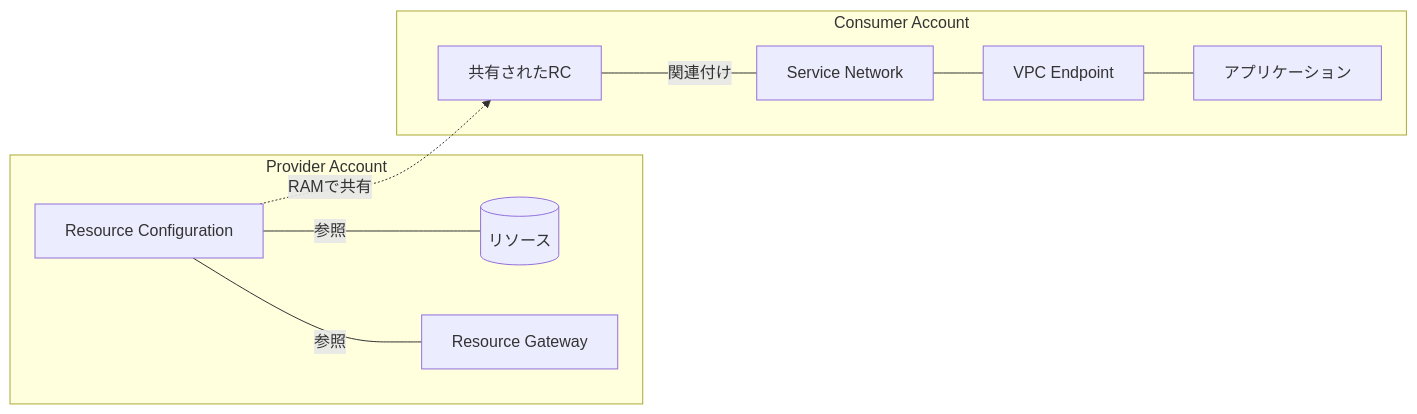
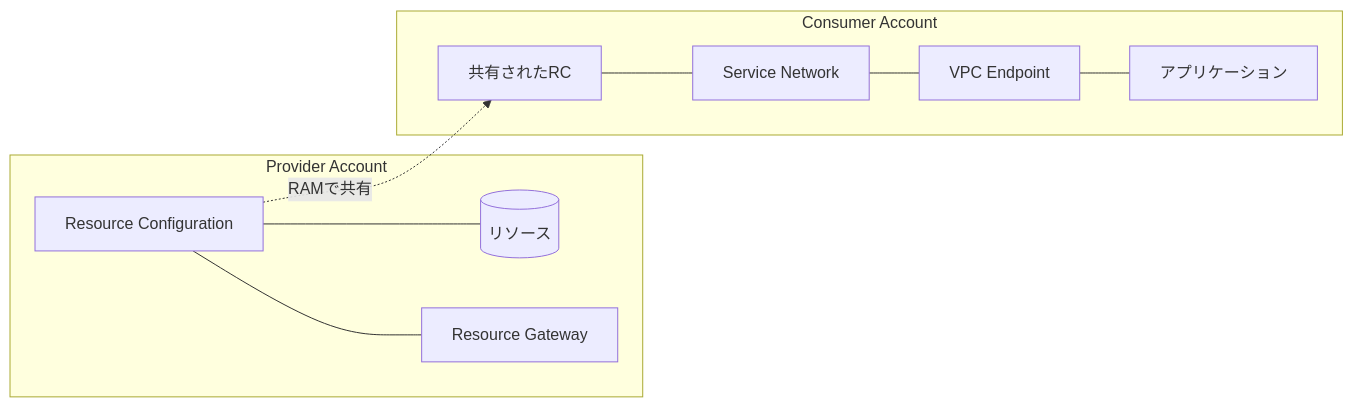
Before and after one commit to mizzy/playground: the second of 3 diagrams in cross-account-rds-pattern-b/AWS_RAM_勉強会資料.md, drawn with Mermaid. The commit also changed other lines of this file, not shown here.

````diff
--- a/cross-account-rds-pattern-b/AWS_RAM_勉強会資料.md
+++ b/cross-account-rds-pattern-b/AWS_RAM_勉強会資料.md
@@ -87,22 +105,22 @@
 ```mermaid
 graph LR
     subgraph "Provider Account"
         Res[(リソース)]
         RGW[Resource Gateway]
         RC[Resource Configuration]
     end
 
     subgraph "Consumer Account"
         RC2[共有されたRC]
         SN[Service Network]
         VPCE[VPC Endpoint]
         App[アプリケーション]
     end
 
-    RC ---|"参照"| RGW
-    RC ---|"参照"| Res
+    RC --- RGW
+    RC --- Res
     RC -.->|"RAMで共有"| RC2
-    RC2 ---|"関連付け"| SN
+    RC2 --- SN
     SN --- VPCE
     VPCE --- App
 ```
````
